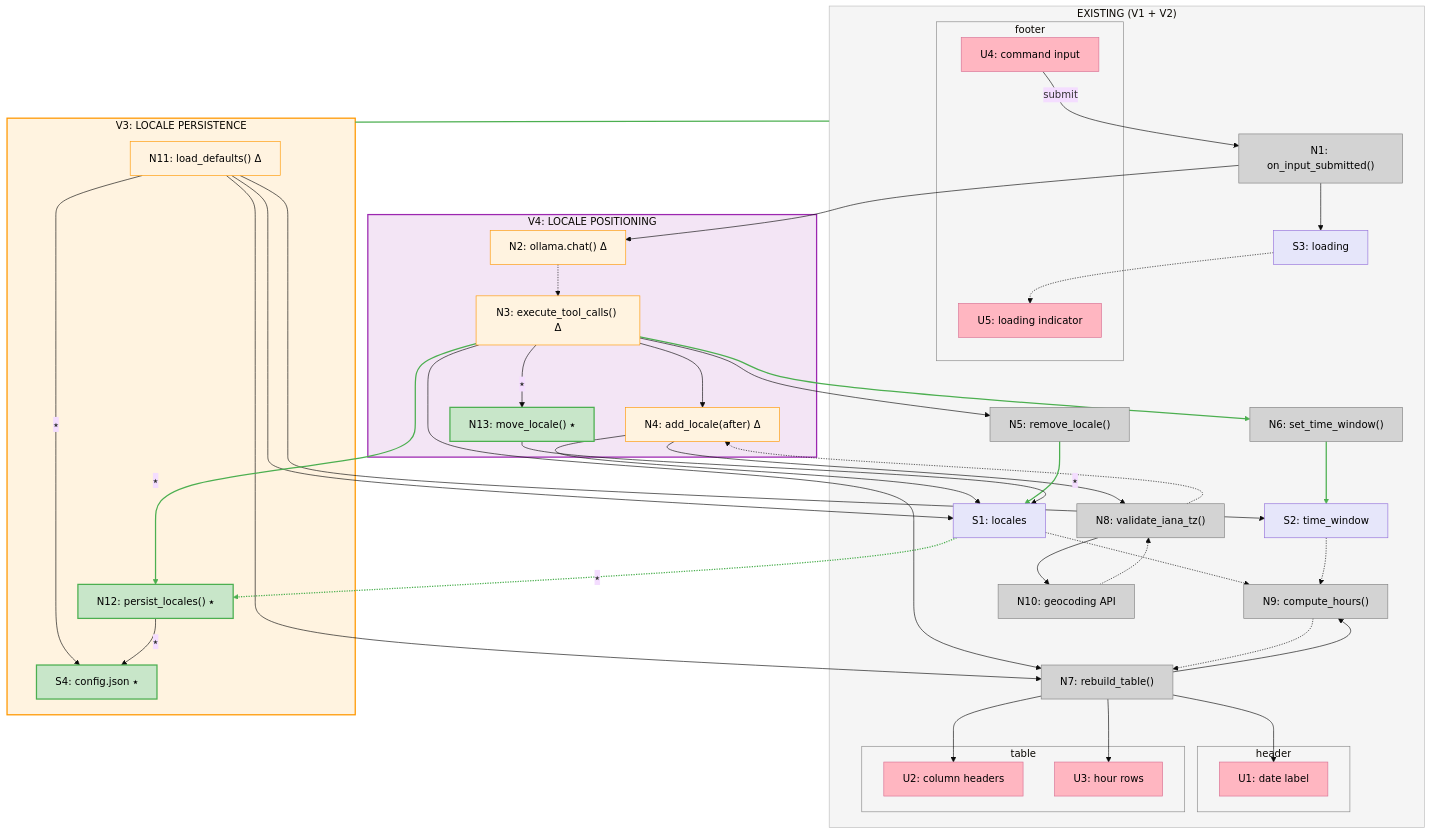
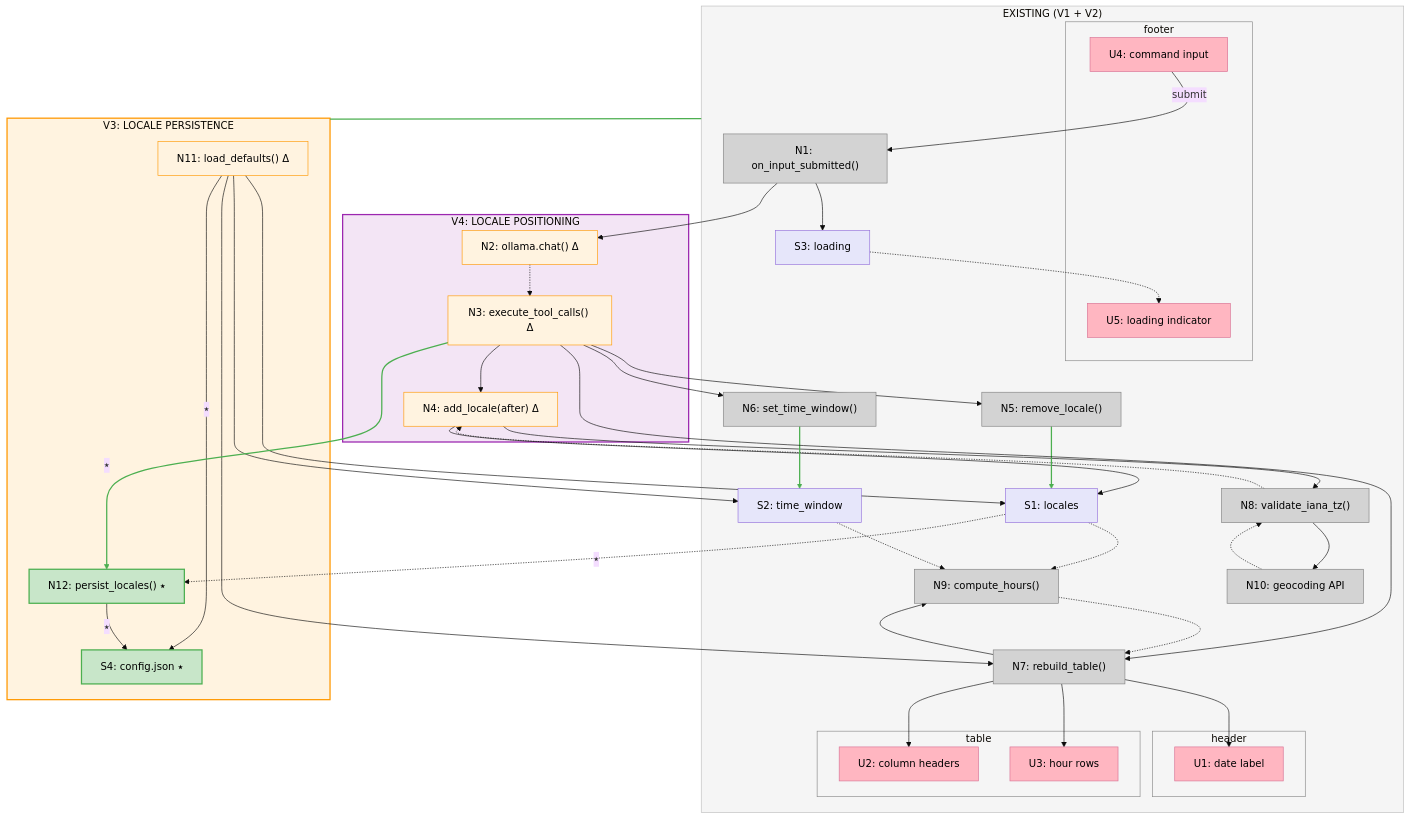
Before and after one commit to rjs/tick: the second of 2 diagrams in shaping-v1.2.md, drawn with Mermaid (base theme). The commit also changed other lines of this file, not shown here.

First line of the commit message:
Remove move_locale from breadboard to match implementation

````diff
--- a/shaping-v1.2.md
+++ b/shaping-v1.2.md
@@ -328,7 +321,6 @@
         N2["N2: ollama.chat() Δ"]
         N3["N3: execute_tool_calls() Δ"]
         N4["N4: add_locale(after) Δ"]
-        N13["N13: move_locale() ⭑"]
     end
 
     existing ~~~ slice3
@@ -351,14 +343,12 @@
     N3 --> N4
     N3 --> N5
     N3 --> N6
-    N3 -->|⭑| N13
     N4 --> N8
     N8 --> N10
     N10 -.-> N8
     N8 -.-> N4
     N4 --> S1
     N5 --> S1
-    N13 -->|⭑| S1
     N6 --> S2
 
     %% Persist after locale mutations (V3)
@@ -384,13 +374,11 @@
     style table fill:transparent,stroke:#888,stroke-width:1px
     style footer fill:transparent,stroke:#888,stroke-width:1px
 
-    %% Style new wires
+    %% Style new wires — indices: 0=N11→S4, 19=N3→N12, 20=S1→N12, 21=N12→S4
     linkStyle 0 stroke:#4caf50,stroke-width:2px
-    linkStyle 13 stroke:#4caf50,stroke-width:2px
+    linkStyle 19 stroke:#4caf50,stroke-width:2px
     linkStyle 20 stroke:#4caf50,stroke-width:2px
-    linkStyle 22 stroke:#4caf50,stroke-width:2px
-    linkStyle 23 stroke:#4caf50,stroke-width:2px
-    linkStyle 24 stroke:#4caf50,stroke-width:2px
+    linkStyle 21 stroke:#4caf50,stroke-width:2px
 
     classDef ui fill:#ffb6c1,stroke:#d87093,color:#000
     classDef nonui fill:#d3d3d3,stroke:#808080,color:#000
@@ -402,5 +390,5 @@
     class N1,N5,N6,N7,N8,N9,N10 nonui
     class S1,S2,S3 store
     class N2,N3,N4,N11 changed
-    class N12,N13,S4 new
+    class N12,S4 new
 ```
````
